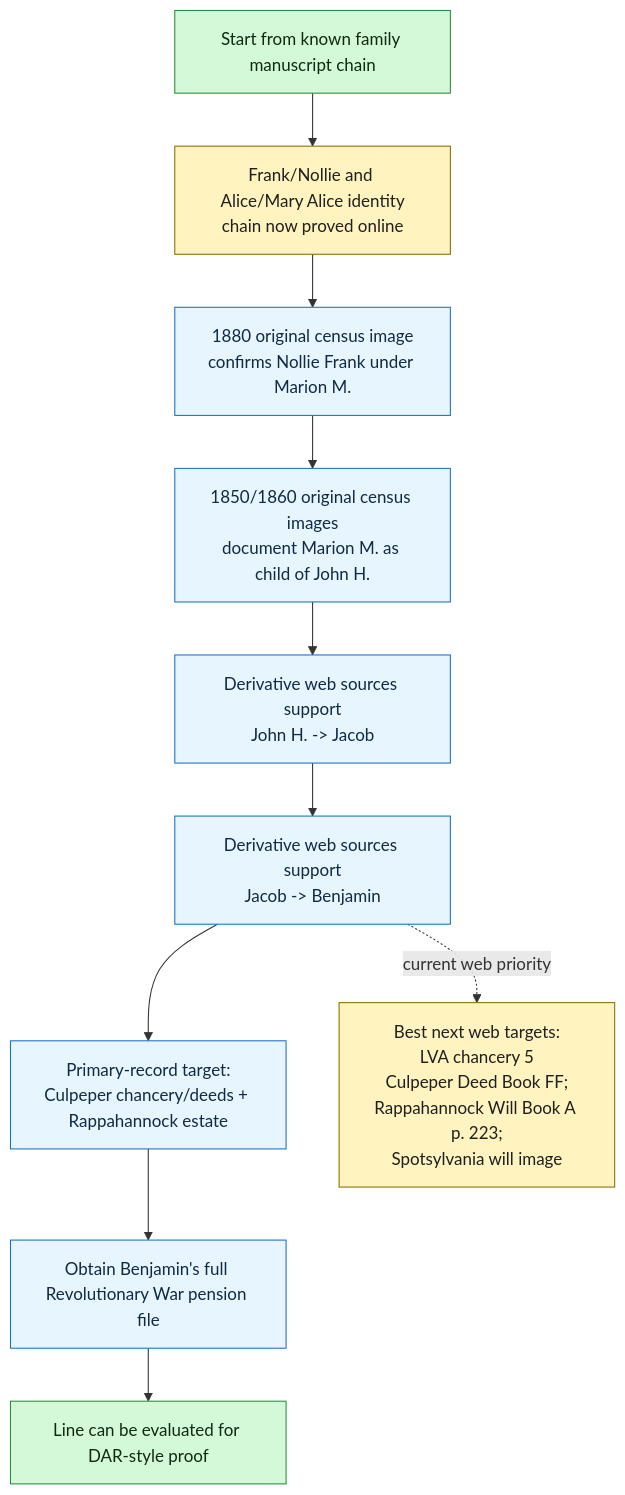
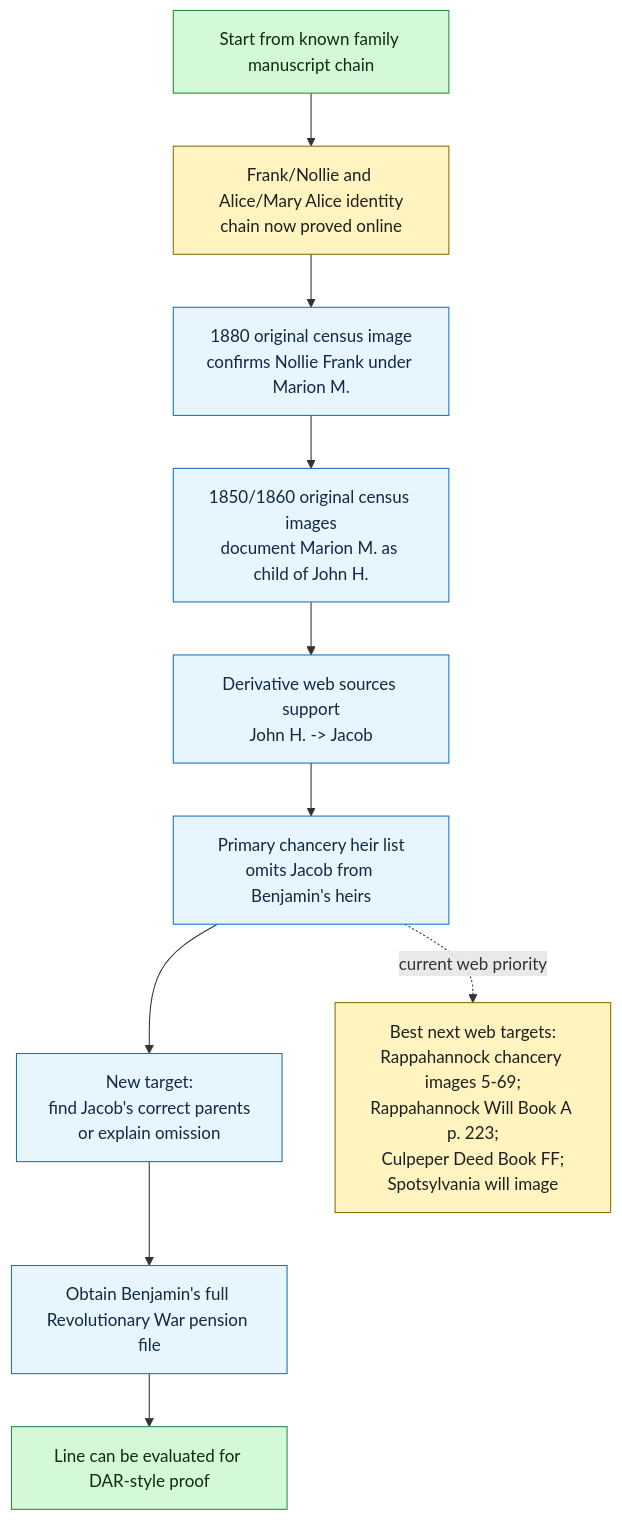
Before and after one commit to zcopley/copley-family-research: the second of 2 diagrams in RQ-P1-PARTLOW-REVOLUTIONARY-LINE.md, drawn with Mermaid. The commit also changed other lines of this file and 18 other files, not shown here.

Commit message:
Integrate Rappahannock Partlow chancery correction

````diff
--- a/RQ-P1-PARTLOW-REVOLUTIONARY-LINE.md
+++ b/RQ-P1-PARTLOW-REVOLUTIONARY-LINE.md
@@ -256,23 +293,23 @@
 ```mermaid
 flowchart TD
     A["Start from known family manuscript chain"]
     B["Frank/Nollie and Alice/Mary Alice identity<br/>chain now proved online"]
     C["1880 original census image<br/>confirms Nollie Frank under Marion M."]
     D["1850/1860 original census images<br/>document Marion M. as child of John H."]
     E["Derivative web sources support<br/>John H. -> Jacob"]
-    F["Derivative web sources support<br/>Jacob -> Benjamin"]
-    G["Primary-record target:<br/>Culpeper chancery/deeds + Rappahannock estate"]
+    F["Primary chancery heir list<br/>omits Jacob from Benjamin's heirs"]
+    G["New target:<br/>find Jacob's correct parents<br/>or explain omission"]
     I["Obtain Benjamin's full Revolutionary War pension file"]
     H["Line can be evaluated for DAR-style proof"]
 
     A --> B --> C --> D --> E --> F --> G --> I --> H
-    F -. "current web priority" .-> P["Best next web targets:<br/>LVA chancery #53;<br/>Culpeper Deed Book FF;<br/>Rappahannock Will Book A p. 223;<br/>Spotsylvania will image"]
+    F -. "current web priority" .-> P["Best next web targets:<br/>Rappahannock chancery images 5-69;<br/>Rappahannock Will Book A p. 223;<br/>Culpeper Deed Book FF;<br/>Spotsylvania will image"]
 
     class A,H goal
     class B,P priority
     class C,D,E,F,G,I action
 
     classDef goal fill:#d3f9d8,stroke:#2b8a3e,color:#102a12;
     classDef priority fill:#fff3bf,stroke:#8a6d00,color:#1f1f1f;
     classDef action fill:#e7f5ff,stroke:#1971c2,color:#102a43;
 ```
````
